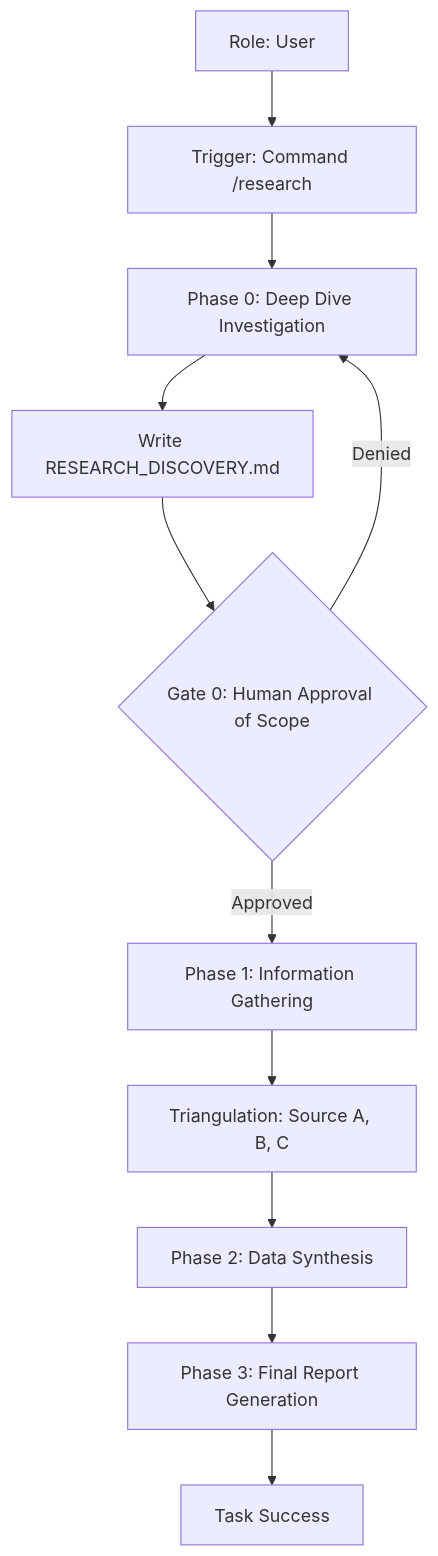
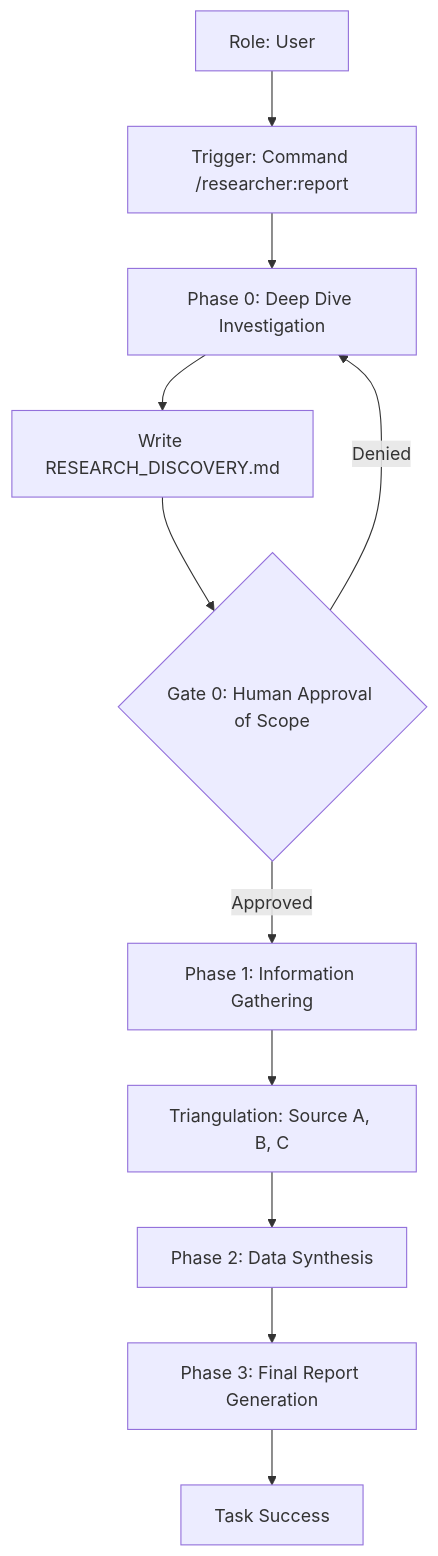
One commit to SouzaEduardoAC/ai-agents changed the diagram in docs/use_cases/research_information_synthesis.md. Above: the diagram before and after it, drawn with Mermaid. The commit also changed 119 other files, not shown here.

First line of the commit message:
feat: overhaul agent architecture with specialized specialists and MCP integration

````diff
--- a/docs/use_cases/research_information_synthesis.md
+++ b/docs/use_cases/research_information_synthesis.md
@@ -12,13 +12,13 @@
 ```mermaid
 graph TD
-    A[Role: User] --> B[Trigger: Command /research]
+    A[Role: User] --> B[Trigger: Command /researcher:report]
     B --> C[Phase 0: Deep Dive Investigation]
     C --> C1[Write RESEARCH_DISCOVERY.md]
     C1 --> C2{Gate 0: Human Approval of Scope}
     C2 -- Denied --> C
     C2 -- Approved --> D[Phase 1: Information Gathering]
     D --> D1[Triangulation: Source A, B, C]
     D1 --> E[Phase 2: Data Synthesis]
     E --> F[Phase 3: Final Report Generation]
     F --> G[Task Success]
 ```
````
